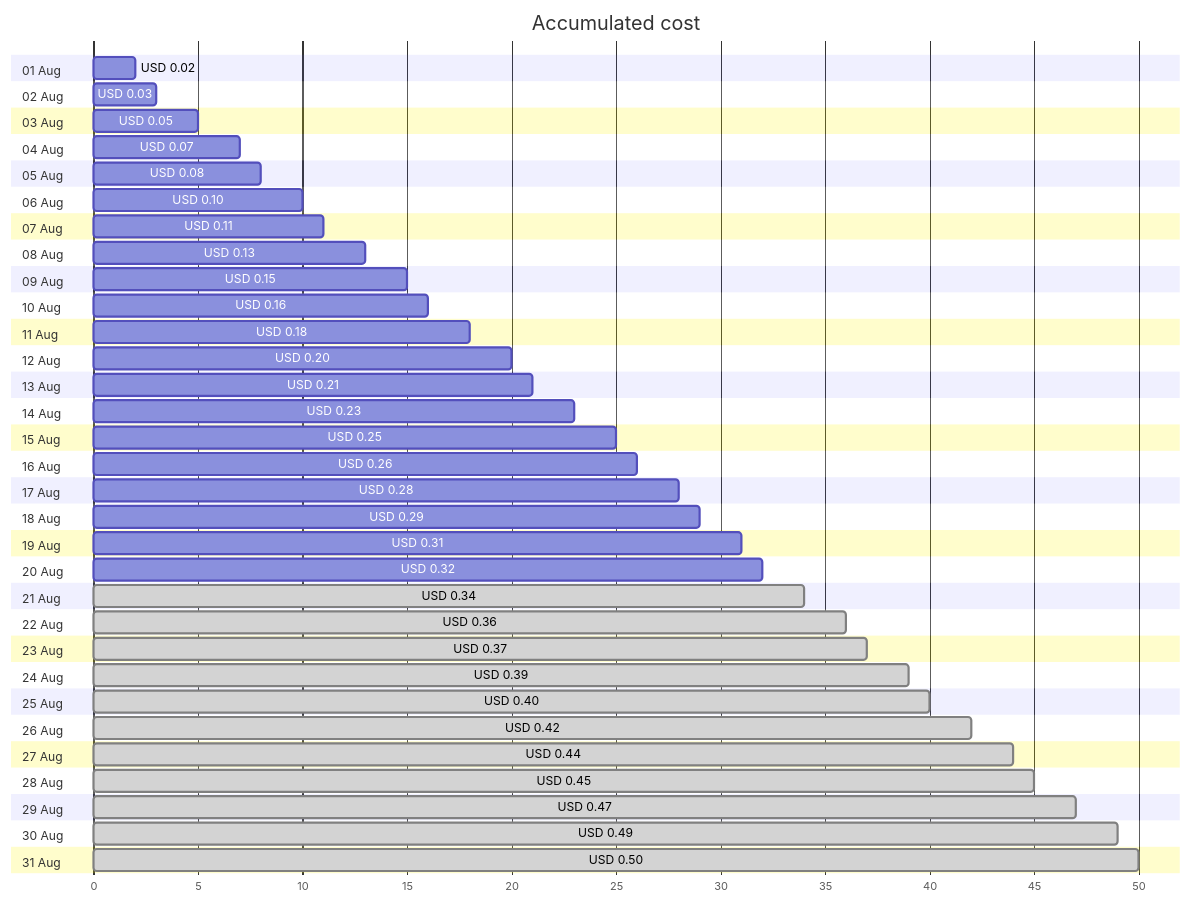
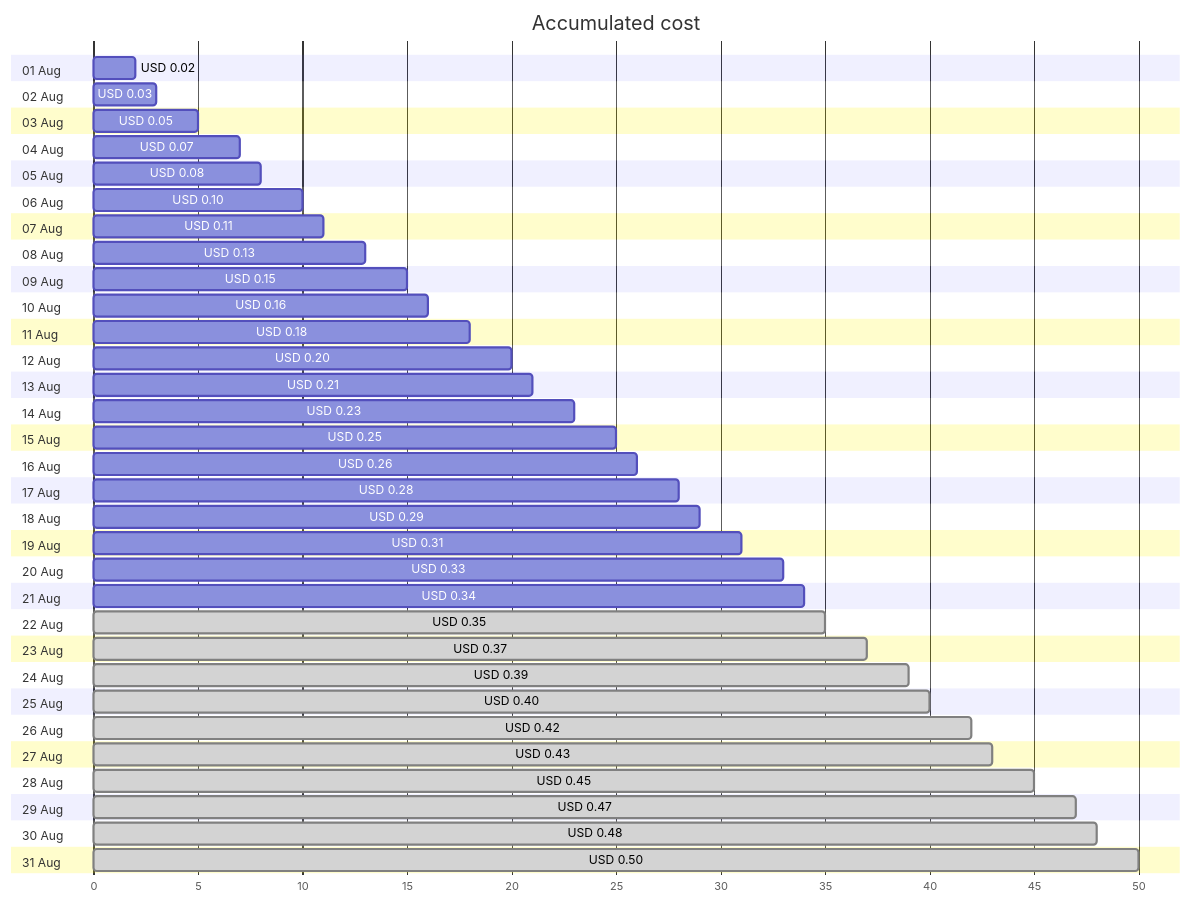
One commit to jpfulton/azure-personal-reports changed the first of 4 diagrams in cost-reports/personal-dns/jpatrickfulton.com.md. Above: the diagram before and after it, drawn with Mermaid. The commit also changed other lines of this file and 2 other files, not shown here.

````diff
--- a/cost-reports/personal-dns/jpatrickfulton.com.md
+++ b/cost-reports/personal-dns/jpatrickfulton.com.md
@@ -20,68 +20,68 @@
 ```mermaid
 gantt
    title Accumulated cost
    dateFormat  X
    axisFormat %s
    section 01 Aug
    USD 0.02 :0, 2
    section 02 Aug
    USD 0.03 :0, 3
    section 03 Aug
    USD 0.05 :0, 5
    section 04 Aug
    USD 0.07 :0, 7
    section 05 Aug
    USD 0.08 :0, 8
    section 06 Aug
    USD 0.10 :0, 10
    section 07 Aug
    USD 0.11 :0, 11
    section 08 Aug
    USD 0.13 :0, 13
    section 09 Aug
    USD 0.15 :0, 15
    section 10 Aug
    USD 0.16 :0, 16
    section 11 Aug
    USD 0.18 :0, 18
    section 12 Aug
    USD 0.20 :0, 20
    section 13 Aug
    USD 0.21 :0, 21
    section 14 Aug
    USD 0.23 :0, 23
    section 15 Aug
    USD 0.25 :0, 25
    section 16 Aug
    USD 0.26 :0, 26
    section 17 Aug
    USD 0.28 :0, 28
    section 18 Aug
    USD 0.29 :0, 29
    section 19 Aug
    USD 0.31 :0, 31
    section 20 Aug
-   USD 0.32 :0, 32
+   USD 0.33 :0, 33
    section 21 Aug
-   USD 0.34 : done, 0, 34
+   USD 0.34 :0, 34
    section 22 Aug
-   USD 0.36 : done, 0, 36
+   USD 0.35 : done, 0, 35
    section 23 Aug
    USD 0.37 : done, 0, 37
    section 24 Aug
    USD 0.39 : done, 0, 39
    section 25 Aug
    USD 0.40 : done, 0, 40
    section 26 Aug
    USD 0.42 : done, 0, 42
    section 27 Aug
-   USD 0.44 : done, 0, 44
+   USD 0.43 : done, 0, 43
    section 28 Aug
    USD 0.45 : done, 0, 45
    section 29 Aug
    USD 0.47 : done, 0, 47
    section 30 Aug
-   USD 0.49 : done, 0, 49
+   USD 0.48 : done, 0, 48
    section 31 Aug
    USD 0.50 : done, 0, 50
 ```
````
